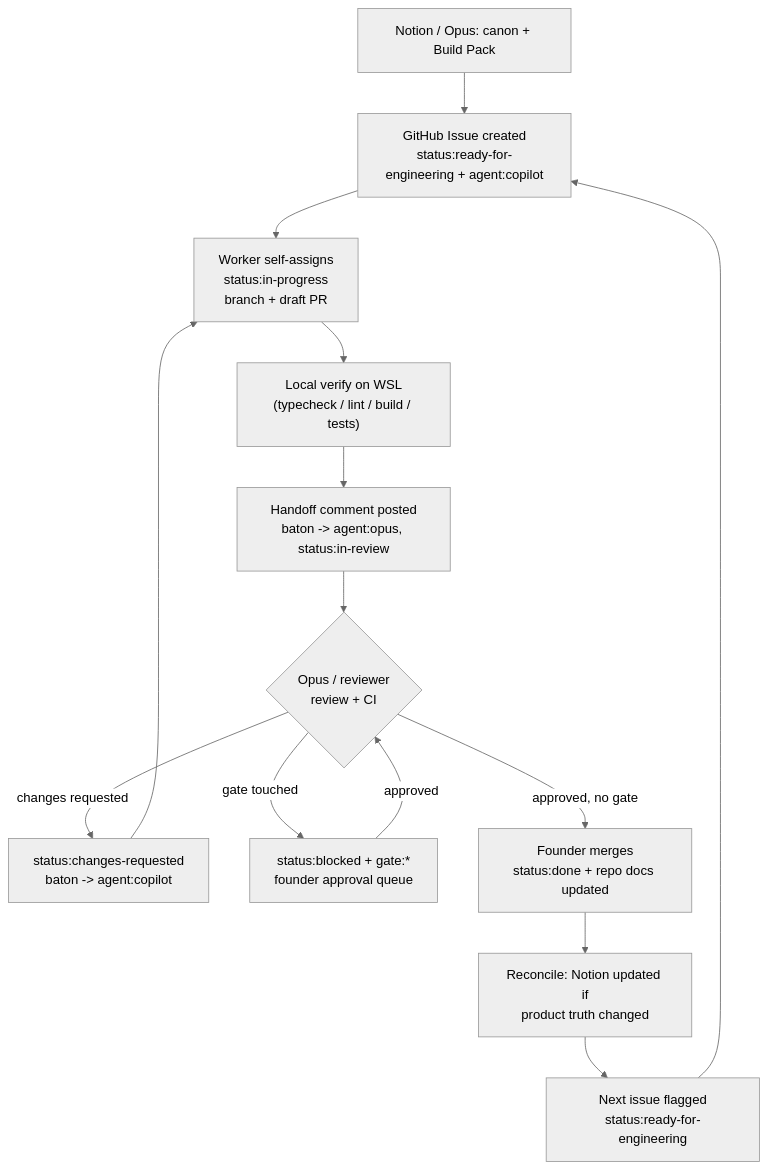
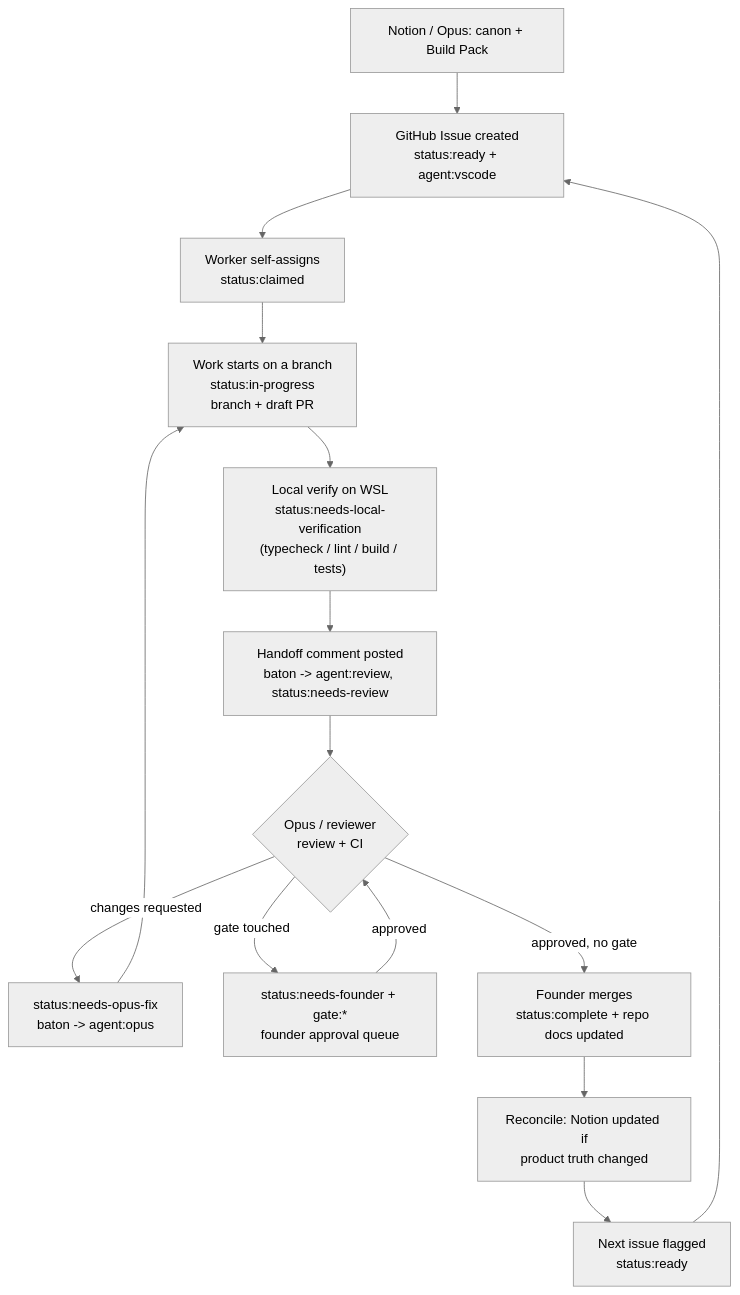
The diagram in docs/agents/closed-loop-workflow.md (AutomatedEmpires/explore-and-earn), drawn with Mermaid (neutral theme) before and after one commit. The commit also changed other lines of this file and 4 other files, not shown here.

````diff
--- a/docs/agents/closed-loop-workflow.md
+++ b/docs/agents/closed-loop-workflow.md
@@ -13,16 +13,17 @@
 ```mermaid
 flowchart TD
-    N["Notion / Opus: canon + Build Pack"] --> I["GitHub Issue created\nstatus:ready-for-engineering + agent:copilot"]
-    I --> P["Worker self-assigns\nstatus:in-progress\nbranch + draft PR"]
-    P --> V["Local verify on WSL\n(typecheck / lint / build / tests)"]
-    V --> H["Handoff comment posted\nbaton -> agent:opus, status:in-review"]
+  N["Notion / Opus: canon + Build Pack"] --> I["GitHub Issue created\nstatus:ready + agent:vscode"]
+  I --> C["Worker self-assigns\nstatus:claimed"]
+  C --> P["Work starts on a branch\nstatus:in-progress\nbranch + draft PR"]
+  P --> V["Local verify on WSL\nstatus:needs-local-verification\n(typecheck / lint / build / tests)"]
+  V --> H["Handoff comment posted\nbaton -> agent:review, status:needs-review"]
     H --> R{"Opus / reviewer\nreview + CI"}
-    R -->|changes requested| C["status:changes-requested\nbaton -> agent:copilot"]
-    C --> P
-    R -->|gate touched| G["status:blocked + gate:*\nfounder approval queue"]
+  R -->|changes requested| F["status:needs-opus-fix\nbaton -> agent:opus"]
+  F --> P
+  R -->|gate touched| G["status:needs-founder + gate:*\nfounder approval queue"]
     G -->|approved| R
-    R -->|approved, no gate| M["Founder merges\nstatus:done + repo docs updated"]
+  R -->|approved, no gate| M["Founder merges\nstatus:complete + repo docs updated"]
     M --> RC["Reconcile: Notion updated if\nproduct truth changed"]
-    RC --> NEXT["Next issue flagged\nstatus:ready-for-engineering"]
+  RC --> NEXT["Next issue flagged\nstatus:ready"]
     NEXT --> I
 ```
````
